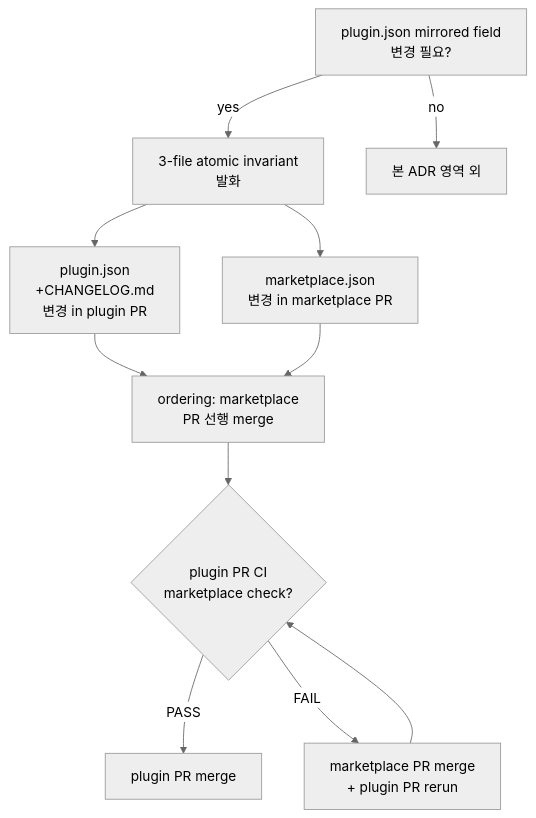
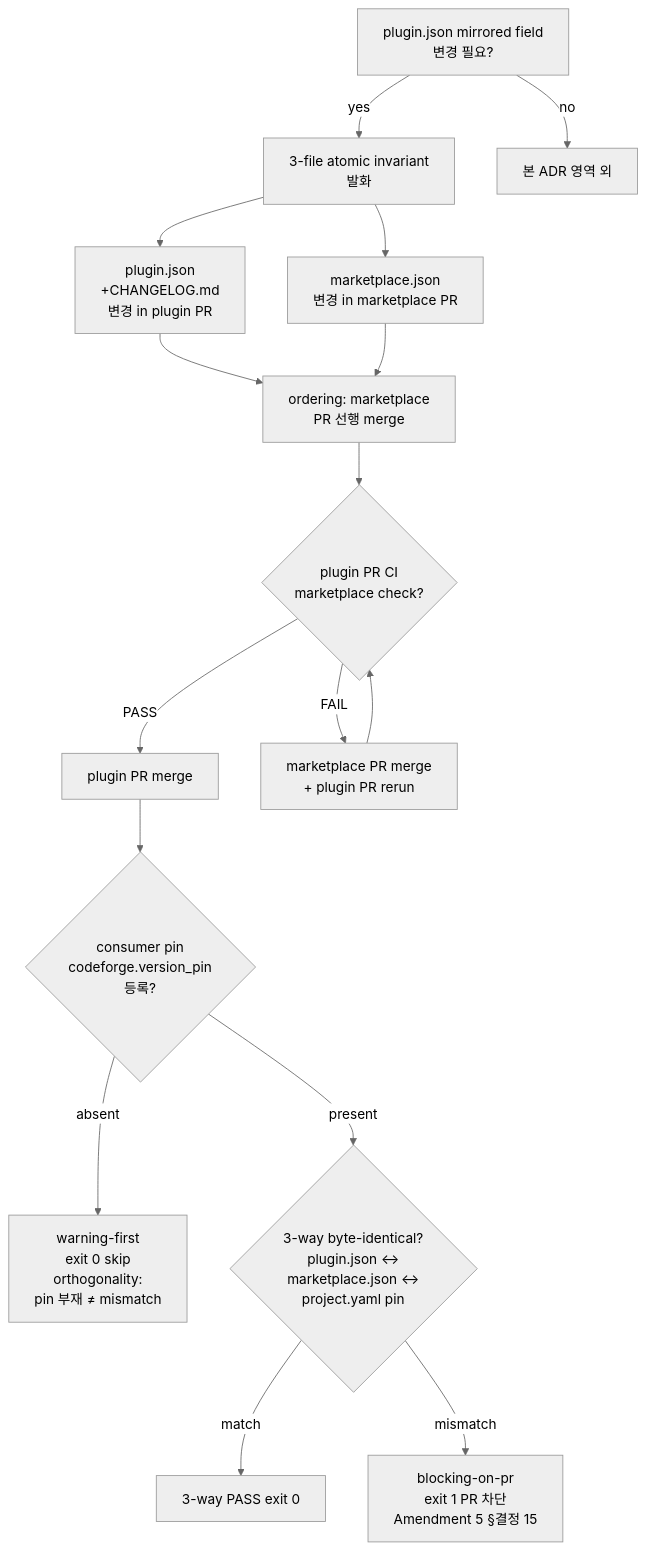
The diagram in docs/adr/ADR-063-marketplace-atomic-invariant.md (mclayer/plugin-codeforge), drawn with Mermaid (neutral theme) before and after one commit. The commit also changed other lines of this file and 2 other files, not shown here.

First line of the commit message:
[CFP-820] 설계 lane — ADR-063 Amendment 5 §결정 15/16 + reconcile-protocol-v1 v1.5 (3-way version atomic invariant B2)

````diff
--- a/docs/adr/ADR-063-marketplace-atomic-invariant.md
+++ b/docs/adr/ADR-063-marketplace-atomic-invariant.md
@@ -429,13 +511,18 @@
 ```mermaid
 flowchart TD
     Bump[plugin.json mirrored field<br/>변경 필요?] -->|yes| Triplet[3-file atomic invariant<br/>발화]
     Bump -->|no| Skip[본 ADR 영역 외]
     Triplet --> P1[plugin.json<br/>+CHANGELOG.md<br/>변경 in plugin PR]
     Triplet --> P2[marketplace.json<br/>변경 in marketplace PR]
     P1 --> Order[ordering: marketplace<br/>PR 선행 merge]
     P2 --> Order
     Order --> CI{plugin PR CI<br/>marketplace check?}
     CI -->|PASS| Merge[plugin PR merge]
     CI -->|FAIL| Reorder[marketplace PR merge<br/>+ plugin PR rerun]
     Reorder --> CI
+    Merge --> Pin{consumer pin<br/>codeforge.version_pin<br/>등록?}
+    Pin -->|absent| Warn[warning-first<br/>exit 0 skip<br/>orthogonality:<br/>pin 부재 ≠ mismatch]
+    Pin -->|present| ThreeWay{3-way byte-identical?<br/>plugin.json ↔<br/>marketplace.json ↔<br/>project.yaml pin}
+    ThreeWay -->|match| Pass3[3-way PASS exit 0]
+    ThreeWay -->|mismatch| Block[blocking-on-pr<br/>exit 1 PR 차단<br/>Amendment 5 §결정 15]
 ```
````
